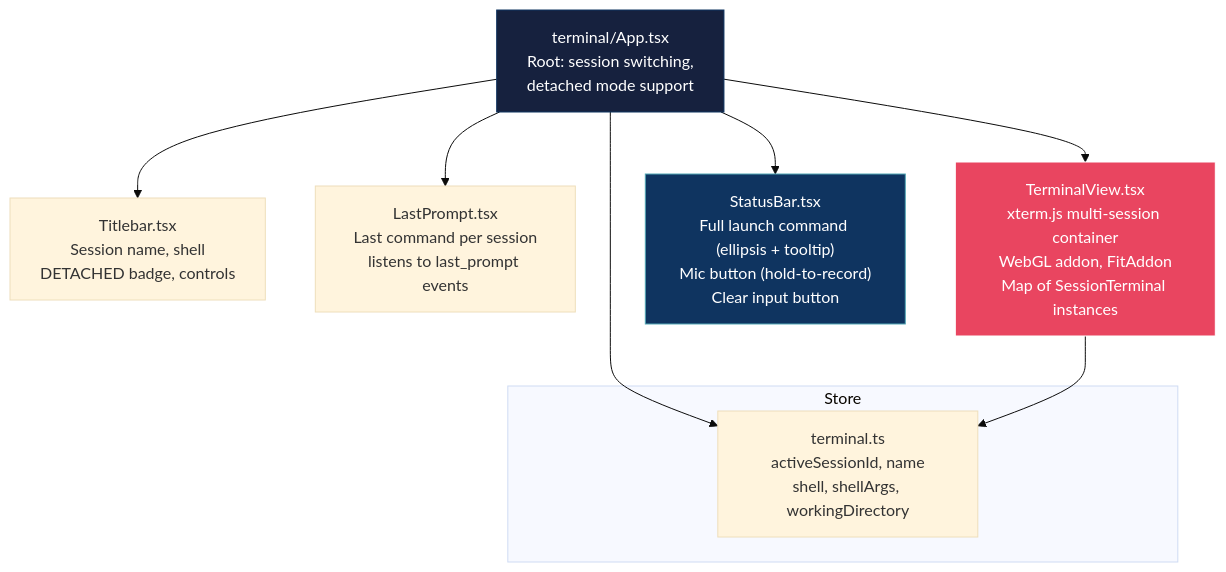
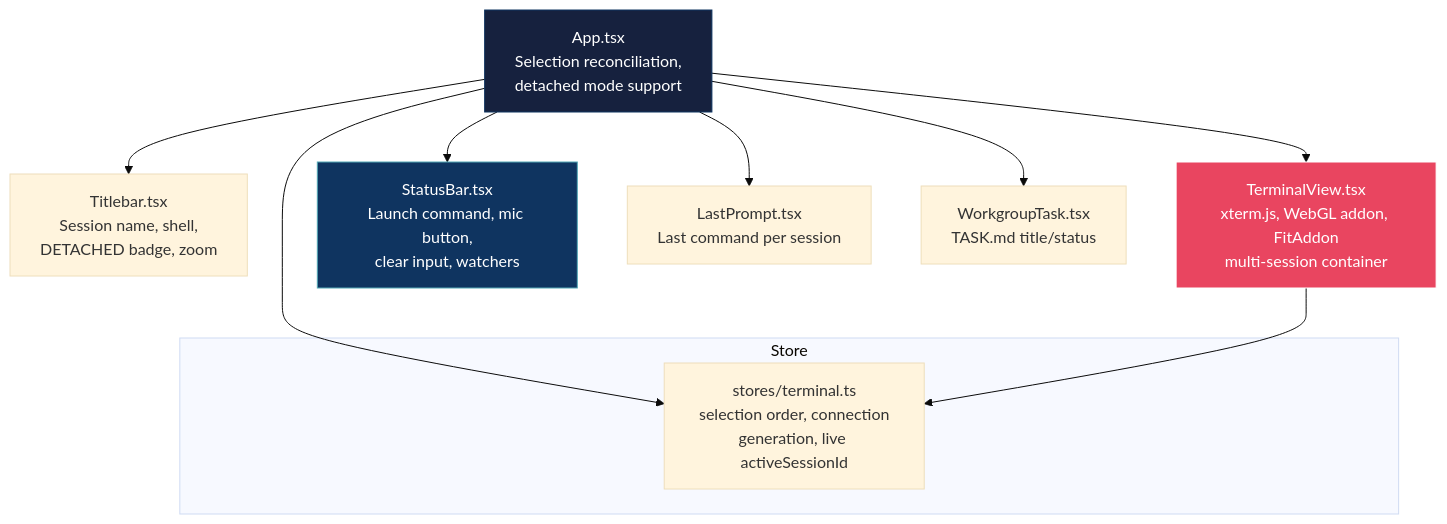
One commit to mblua/AgentsCommander changed the fourth of 14 diagrams in docs/reference/architecture.md. Above: the diagram before and after it, drawn with Mermaid (base theme). The commit also changed other lines of this file, not shown here.

First line of the commit message:
docs(1320): rewrite architecture map against current 0.20.x codebase

````diff
--- a/docs/reference/architecture.md
+++ b/docs/reference/architecture.md
@@ -196,20 +243,21 @@
 ```mermaid
 graph TD
-    TA["terminal/App.tsx<br/>Root: session switching,<br/>detached mode support"]
+    TA["App.tsx<br/>Selection reconciliation,<br/>detached mode support"]
 
-    TA --> TTB["Titlebar.tsx<br/>Session name, shell<br/>DETACHED badge, controls"]
-    TA --> LP["LastPrompt.tsx<br/>Last command per session<br/>listens to last_prompt events"]
-    TA --> TV["TerminalView.tsx<br/>xterm.js multi-session container<br/>WebGL addon, FitAddon<br/>Map of SessionTerminal instances"]
-    TA --> SB["StatusBar.tsx<br/>Full launch command (ellipsis + tooltip)<br/>Mic button (hold-to-record)<br/>Clear input button"]
+    TA --> TTB["Titlebar.tsx<br/>Session name, shell,<br/>DETACHED badge, zoom"]
+    TA --> TV["TerminalView.tsx<br/>xterm.js, WebGL addon, FitAddon<br/>multi-session container"]
+    TA --> SB["StatusBar.tsx<br/>Launch command, mic button,<br/>clear input, watchers"]
+    TA --> LP["LastPrompt.tsx<br/>Last command per session"]
+    TA --> WT["WorkgroupTask.tsx<br/>TASK.md title/status"]
 
     subgraph "Store"
-        TS["terminal.ts<br/>activeSessionId, name<br/>shell, shellArgs, workingDirectory"]
+        TS["stores/terminal.ts<br/>selection order, connection<br/>generation, live activeSessionId"]
     end
 
     TA --> TS
     TV --> TS
 
     style TA fill:#16213e,stroke:#0f3460,color:#fff
     style TV fill:#e94560,stroke:#fff,color:#fff
     style SB fill:#0f3460,stroke:#53a8b6,color:#fff
 ```
````
